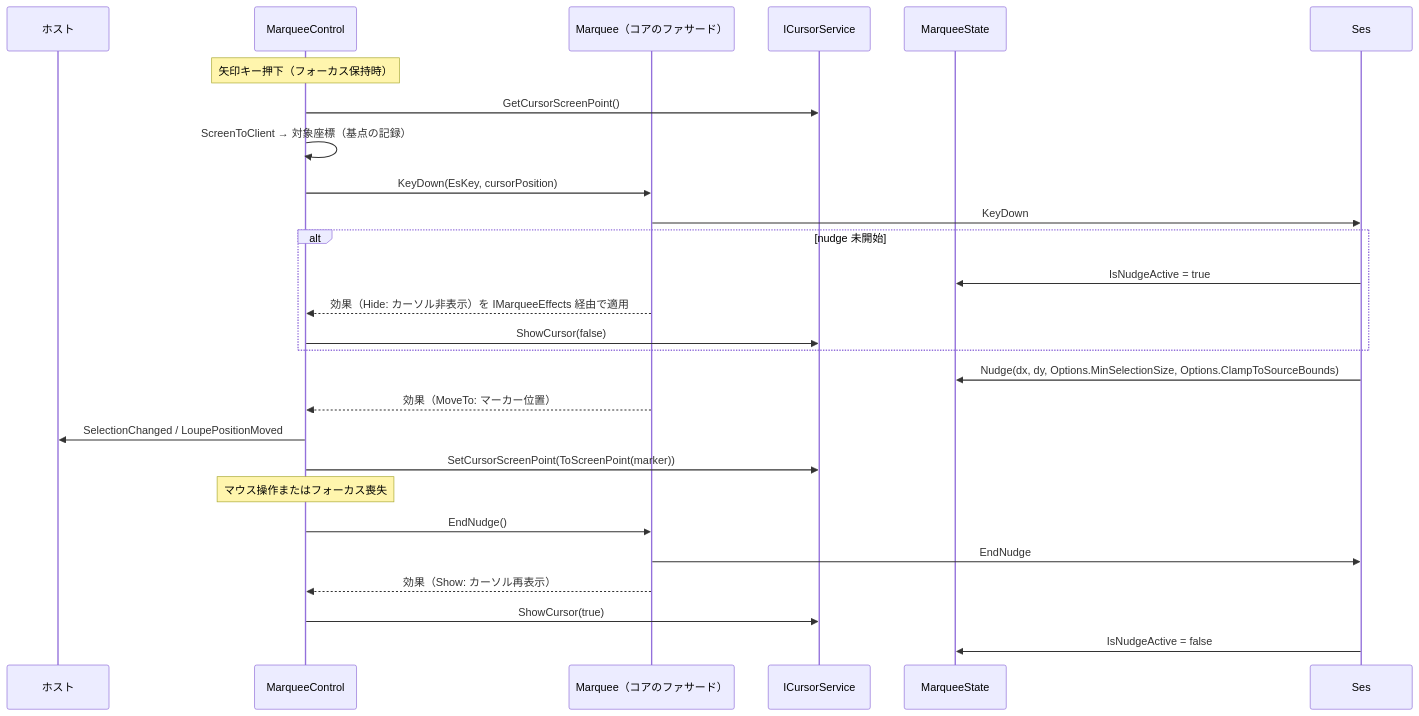
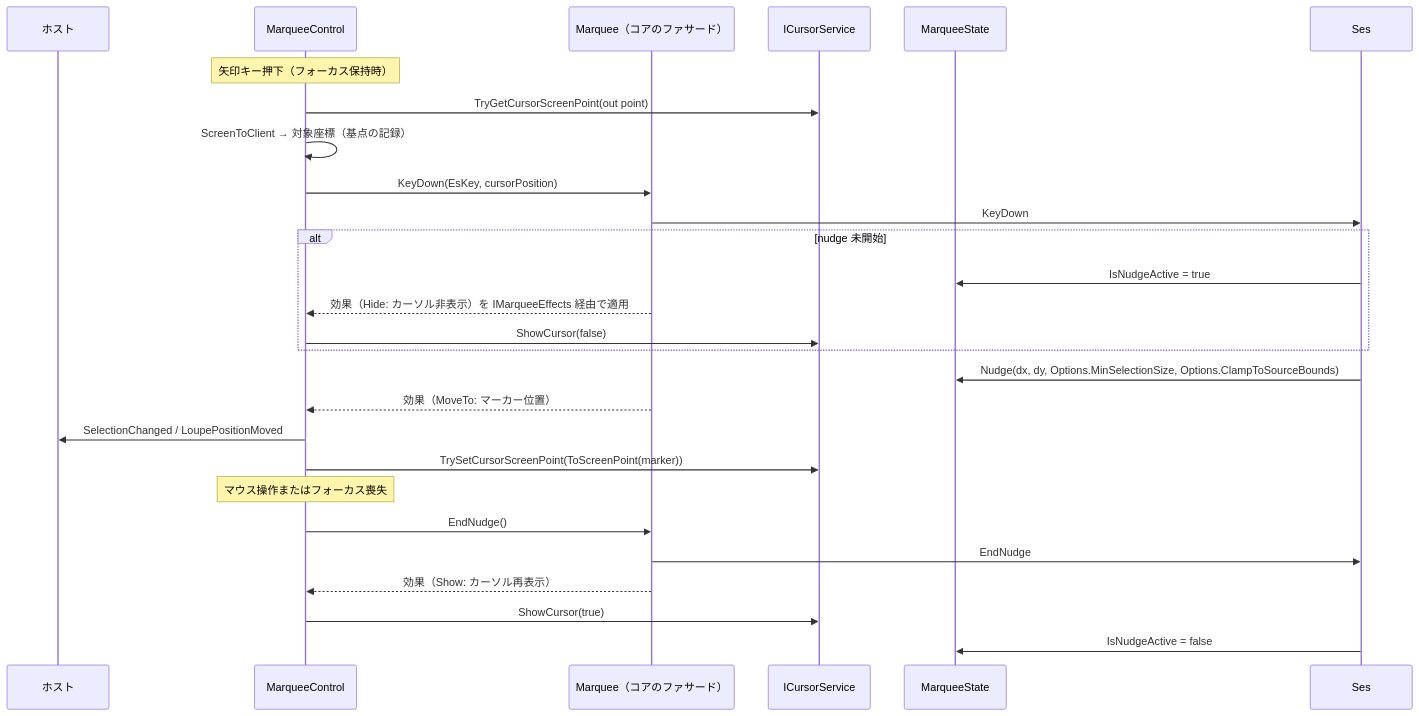
One commit to tomokuni/SaveEvidence changed the third of 4 diagrams in src/EsUtil.Feature.Marquee.ControlMewUI/docs/SPEC_System.md. Above: the diagram before and after it, drawn with Mermaid. The commit also changed other lines of this file and 62 other files, not shown here.

````diff
--- a/src/EsUtil.Feature.Marquee.ControlMewUI/docs/SPEC_System.md
+++ b/src/EsUtil.Feature.Marquee.ControlMewUI/docs/SPEC_System.md
@@ -328,29 +328,29 @@
 ```mermaid
 sequenceDiagram
     participant Host as ホスト
     participant Ctl as MarqueeControl
     participant Fac as Marquee（コアのファサード）
     participant Cur as ICursorService
     participant St as MarqueeState
 
     Note over Ctl: 矢印キー押下（フォーカス保持時）
-    Ctl->>Cur: GetCursorScreenPoint()
+    Ctl->>Cur: TryGetCursorScreenPoint(out point)
     Ctl->>Ctl: ScreenToClient → 対象座標（基点の記録）
     Ctl->>Fac: KeyDown(EsKey, cursorPosition)
     Fac->>Ses: KeyDown
     alt nudge 未開始
         Ses->>St: IsNudgeActive = true
         Fac-->>Ctl: 効果（Hide: カーソル非表示）を IMarqueeEffects 経由で適用
         Ctl->>Cur: ShowCursor(false)
     end
     Ses->>St: Nudge(dx, dy, Options.MinSelectionSize, Options.ClampToSourceBounds)
     Fac-->>Ctl: 効果（MoveTo: マーカー位置）
     Ctl->>Host: SelectionChanged / LoupePositionMoved
-    Ctl->>Cur: SetCursorScreenPoint(ToScreenPoint(marker))
+    Ctl->>Cur: TrySetCursorScreenPoint(ToScreenPoint(marker))
     Note over Ctl: マウス操作またはフォーカス喪失
     Ctl->>Fac: EndNudge()
     Fac->>Ses: EndNudge
     Fac-->>Ctl: 効果（Show: カーソル再表示）
     Ctl->>Cur: ShowCursor(true)
     Ses->>St: IsNudgeActive = false
 ```
````
